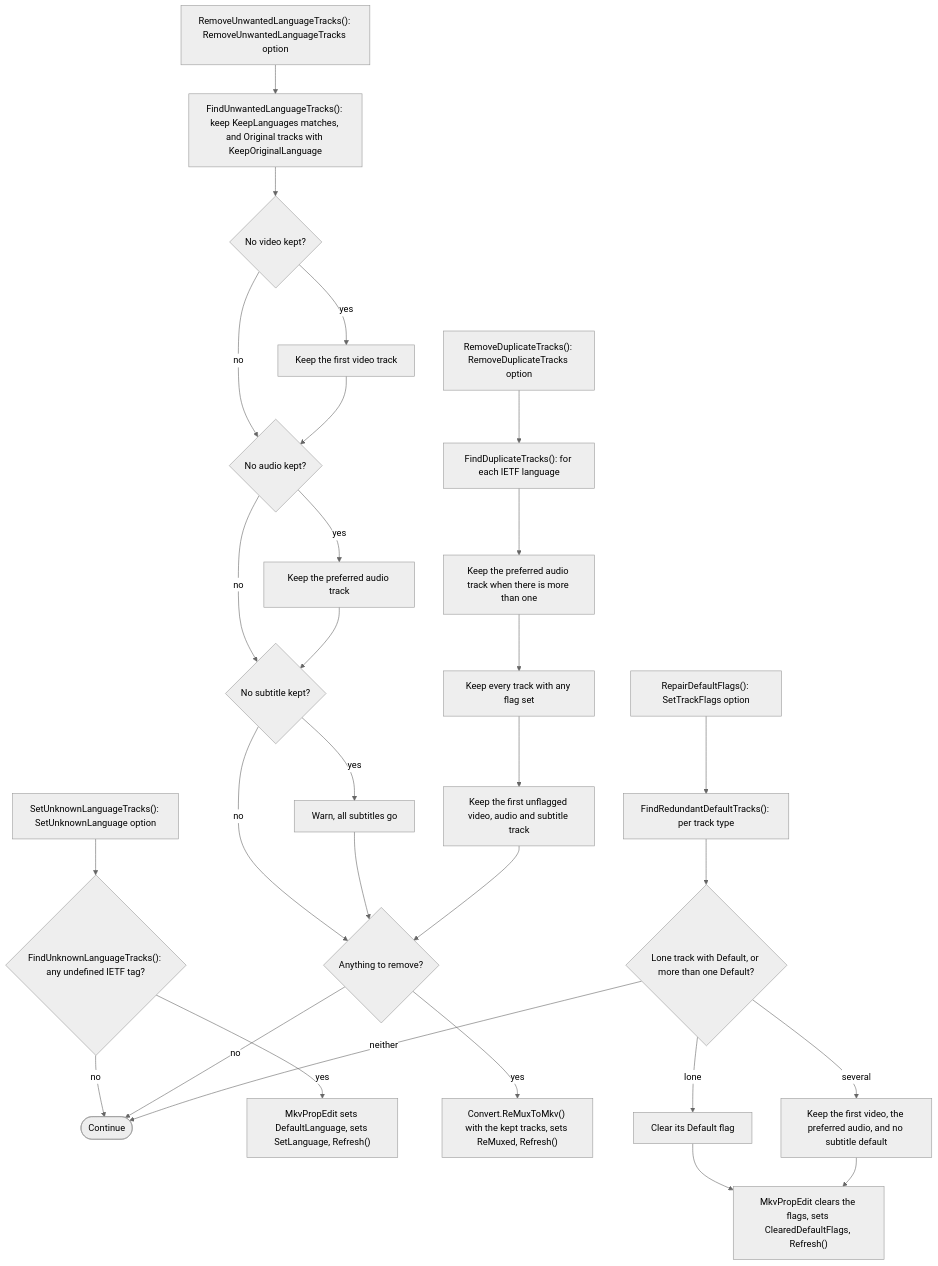
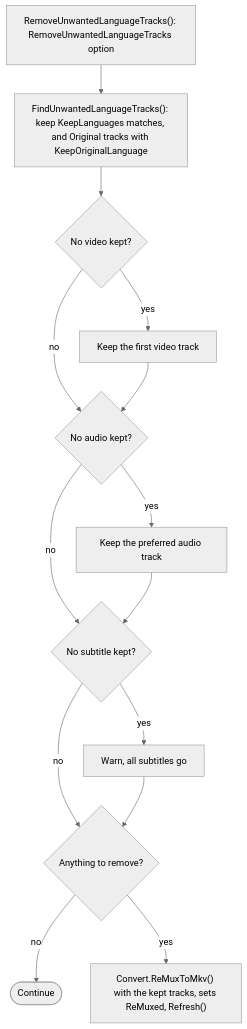
Diagram 15 of 19 in ARCHITECTURE.md (ptr727/PlexCleaner), drawn with Mermaid (neutral theme) before and after one commit. The commit also changed other lines of this file, not shown here.

First line of the commit message:
Redraw Fixed Branches and Split Wide Charts in ARCHITECTURE.md

````diff
--- a/ARCHITECTURE.md
+++ b/ARCHITECTURE.md
@@ -592,31 +670,16 @@
 ```mermaid
 flowchart TD
-  U0["SetUnknownLanguageTracks(): SetUnknownLanguage option"] --> U1{"FindUnknownLanguageTracks(): any undefined IETF tag?"}
-  U1 -->|no| OK(["Continue"])
-  U1 -->|yes| U2["MkvPropEdit sets DefaultLanguage, sets SetLanguage, Refresh()"]
   L0["RemoveUnwantedLanguageTracks(): RemoveUnwantedLanguageTracks option"] --> L1["FindUnwantedLanguageTracks(): keep KeepLanguages matches, and Original tracks with KeepOriginalLanguage"]
   L1 --> L2{"No video kept?"}
   L2 -->|yes| L3["Keep the first video track"]
   L2 -->|no| L4
   L3 --> L4{"No audio kept?"}
   L4 -->|yes| L5["Keep the preferred audio track"]
   L4 -->|no| L6
   L5 --> L6{"No subtitle kept?"}
   L6 -->|yes| L7["Warn, all subtitles go"]
   L6 -->|no| RM
   L7 --> RM{"Anything to remove?"}
-  RM -->|no| OK
+  RM -->|no| OK(["Continue"])
   RM -->|yes| RX["Convert.ReMuxToMkv() with the kept tracks, sets ReMuxed, Refresh()"]
-  D0["RemoveDuplicateTracks(): RemoveDuplicateTracks option"] --> D1["FindDuplicateTracks(): for each IETF language"]
-  D1 --> D2["Keep the preferred audio track when there is more than one"]
-  D2 --> D3["Keep every track with any flag set"]
-  D3 --> D4["Keep the first unflagged video, audio and subtitle track"]
-  D4 --> RM
-  F0["RepairDefaultFlags(): SetTrackFlags option"] --> F1["FindRedundantDefaultTracks(): per track type"]
-  F1 --> F2{"Lone track with Default, or more than one Default?"}
-  F2 -->|neither| OK
-  F2 -->|lone| F3["Clear its Default flag"]
-  F2 -->|several| F4["Keep the first video, the preferred audio, and no subtitle default"]
-  F3 --> F5["MkvPropEdit clears the flags, sets ClearedDefaultFlags, Refresh()"]
-  F4 --> F5
 ```
````
